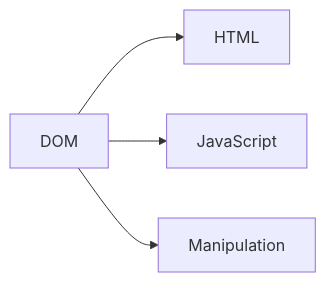
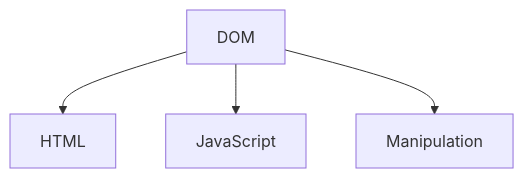
Before and after one commit to zyrass/omnydocs: diagram 11 of 41 in docs/glossaire/developpement-web.md, drawn with Mermaid. The commit also changed other lines of this file and 1780 other files, not shown here.

````diff
--- a/docs/glossaire/developpement-web.md
+++ b/docs/glossaire/developpement-web.md
@@ -222,6 +268,6 @@
-    ```mermaid
-    graph LR
-        A[DOM] --> B[HTML]
-        A --> C[JavaScript]
-        A --> D[Manipulation]
-    ```
+```mermaid
+graph TB
+    A[DOM] --> B[HTML]
+    A --> C[JavaScript]
+    A --> D[Manipulation]
+```
````
